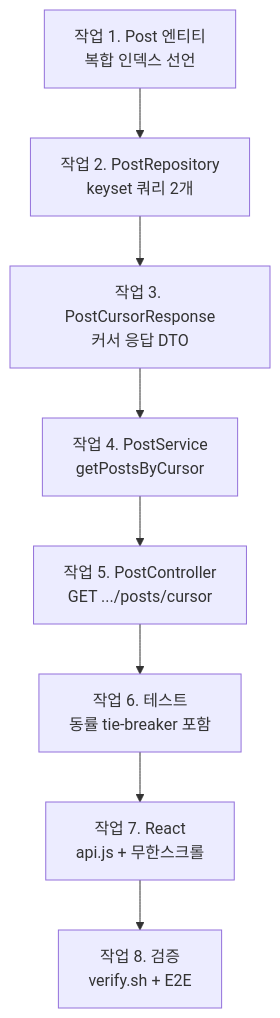
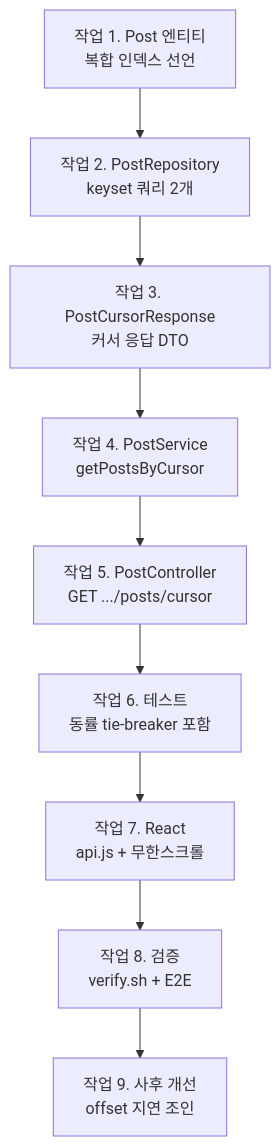
Before and after one commit to icesnake72/boards: the diagram in docs/lecture/DB-PERFORMANCE-WALKTHROUGH.md, drawn with Mermaid. The commit also changed other lines of this file and 3 other files, not shown here.

````diff
--- a/docs/lecture/DB-PERFORMANCE-WALKTHROUGH.md
+++ b/docs/lecture/DB-PERFORMANCE-WALKTHROUGH.md
@@ -23,10 +23,11 @@
 ```mermaid
 flowchart TD
   A["작업 1. Post 엔티티<br/>복합 인덱스 선언"] --> B["작업 2. PostRepository<br/>keyset 쿼리 2개"]
   B --> C["작업 3. PostCursorResponse<br/>커서 응답 DTO"]
   C --> D["작업 4. PostService<br/>getPostsByCursor"]
   D --> E["작업 5. PostController<br/>GET .../posts/cursor"]
   E --> F["작업 6. 테스트<br/>동률 tie-breaker 포함"]
   F --> G["작업 7. React<br/>api.js + 무한스크롤"]
   G --> H["작업 8. 검증<br/>verify.sh + E2E"]
+  H --> I["작업 9. 사후 개선<br/>offset 지연 조인"]
 ```
````
